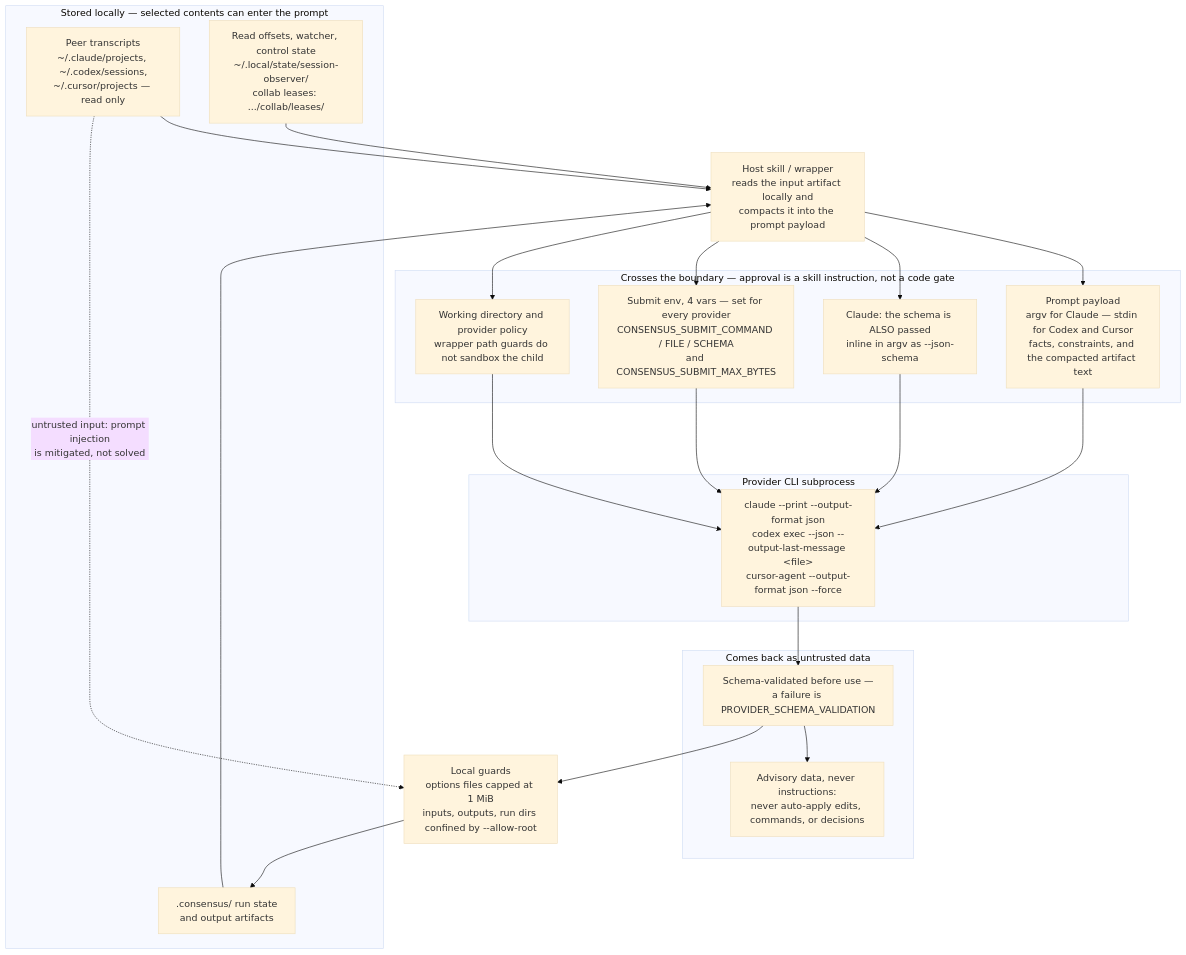
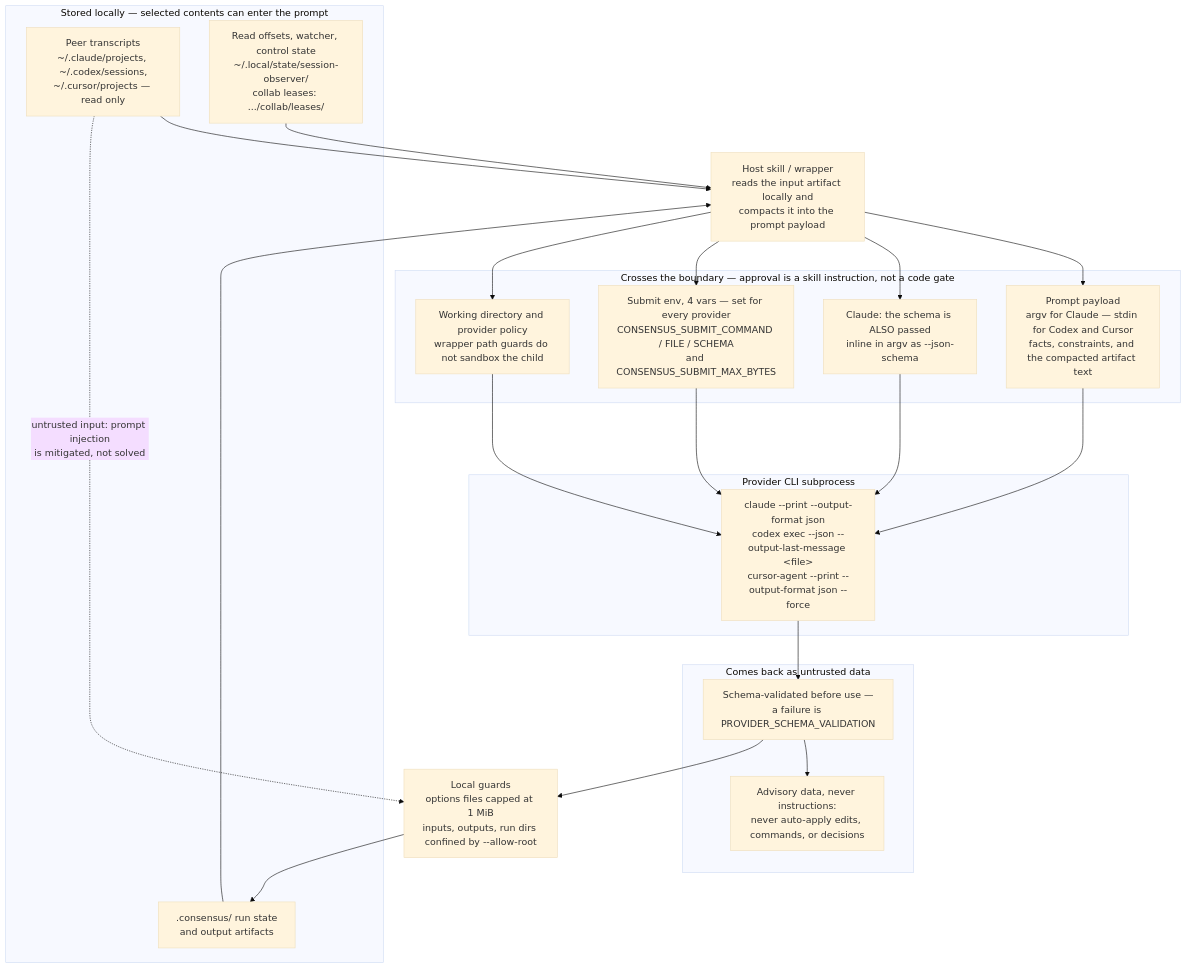
Before and after one commit to tkstang/skills: the third of 3 diagrams in documentation/docs/user-guide/consensus/index.md, drawn with Mermaid (base theme). The commit also changed other lines of this file and 62 other files, not shown here.

````diff
--- a/documentation/docs/user-guide/consensus/index.md
+++ b/documentation/docs/user-guide/consensus/index.md
@@ -246,40 +247,40 @@
     ```mermaid
     flowchart TB
       subgraph local["Stored locally — selected contents can enter the prompt"]
         TR["Peer transcripts<br/>~/.claude/projects, ~/.codex/sessions,<br/>~/.cursor/projects — read only"]
         ST["Read offsets, watcher, control state<br/>~/.local/state/session-observer/<br/>collab leases: .../collab/leases/"]
         RUN[".consensus/ run state<br/>and output artifacts"]
       end
       HOST["Host skill / wrapper<br/>reads the input artifact locally and<br/>compacts it into the prompt payload"]
       subgraph crossing["Crosses the boundary — approval is a skill instruction, not a code gate"]
         PR["Prompt payload<br/>argv for Claude — stdin for Codex and Cursor<br/>facts, constraints, and the compacted artifact text"]
         SCH["Claude: the schema is ALSO passed<br/>inline in argv as --json-schema"]
         ENV["Submit env, 4 vars — set for every provider<br/>CONSENSUS_SUBMIT_COMMAND / FILE / SCHEMA<br/>and CONSENSUS_SUBMIT_MAX_BYTES"]
         CWD["Working directory and provider policy<br/>wrapper path guards do not sandbox the child"]
       end
       subgraph remote["Provider CLI subprocess"]
-        PEER["claude --print --output-format json<br/>codex exec --json --output-last-message &lt;file&gt;<br/>cursor-agent --output-format json --force"]
+        PEER["claude --print --output-format json<br/>codex exec --json --output-last-message &lt;file&gt;<br/>cursor-agent --print --output-format json --force"]
       end
       subgraph back["Comes back as untrusted data"]
         OUT["Schema-validated before use —<br/>a failure is PROVIDER_SCHEMA_VALIDATION"]
         REV["Advisory data, never instructions:<br/>never auto-apply edits, commands, or decisions"]
       end
       GUARD["Local guards<br/>options files capped at 1 MiB<br/>inputs, outputs, run dirs confined by --allow-root"]
 
       TR --> HOST
       ST --> HOST
       RUN --> HOST
       HOST --> PR
       HOST --> SCH
       HOST --> ENV
       HOST --> CWD
       PR --> PEER
       SCH --> PEER
       ENV --> PEER
       CWD --> PEER
       PEER --> OUT
       OUT --> REV
       OUT --> GUARD
       GUARD --> RUN
       TR -.->|"untrusted input: prompt injection<br/>is mitigated, not solved"| GUARD
     ```
````
